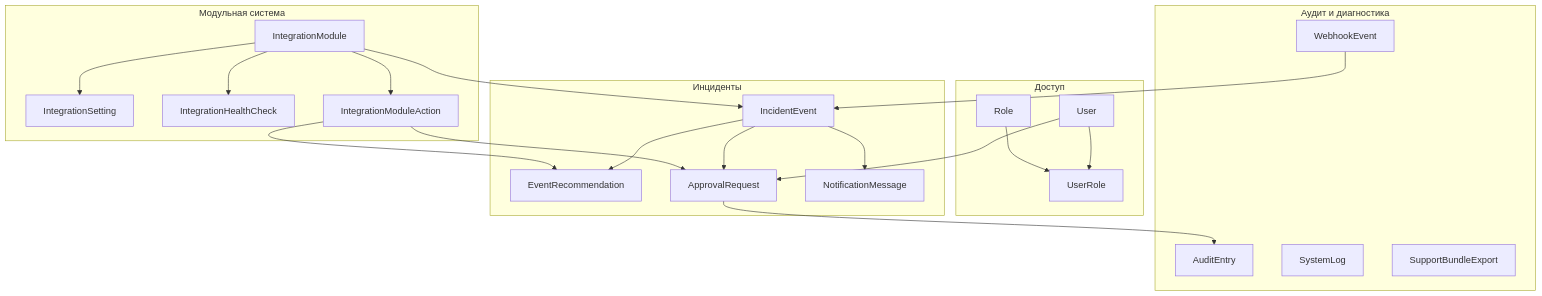
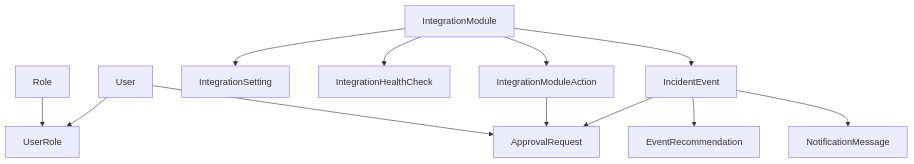
The fourth of 4 diagrams in docs/defense/README.md (DenisPyhtin/SysAssist), drawn with Mermaid before and after one commit. The commit also changed other lines of this file, not shown here.

Commit message:
Переделана презентация для защиты: объединены все диаграммы, скриншоты, процесс событий, Docker; упрощена для показа на защите

````diff
--- a/docs/defense/README.md
+++ b/docs/defense/README.md
@@ -146,44 +63,14 @@
 ```mermaid
 flowchart TB
-    subgraph Access[Доступ]
-        User[User]
-        Role[Role]
-        UserRole[UserRole]
-        User --> UserRole
-        Role --> UserRole
-    end
-
-    subgraph Modules[Модульная система]
-        IntegrationModule[IntegrationModule]
-        IntegrationSetting[IntegrationSetting]
-        IntegrationHealthCheck[IntegrationHealthCheck]
-        IntegrationModuleAction[IntegrationModuleAction]
-        IntegrationModule --> IntegrationSetting
-        IntegrationModule --> IntegrationHealthCheck
-        IntegrationModule --> IntegrationModuleAction
-    end
-
-    subgraph Incidents[Инциденты]
-        IncidentEvent[IncidentEvent]
-        EventRecommendation[EventRecommendation]
-        ApprovalRequest[ApprovalRequest]
-        NotificationMessage[NotificationMessage]
-        IncidentEvent --> EventRecommendation
-        IncidentEvent --> ApprovalRequest
-        IncidentEvent --> NotificationMessage
-    end
-
-    subgraph Evidence[Аудит и диагностика]
-        AuditEntry[AuditEntry]
-        SystemLog[SystemLog]
-        WebhookEvent[WebhookEvent]
-        SupportBundleExport[SupportBundleExport]
-    end
-
+    User --> UserRole
+    Role --> UserRole
+    IntegrationModule --> IntegrationSetting
+    IntegrationModule --> IntegrationHealthCheck
+    IntegrationModule --> IntegrationModuleAction
     IntegrationModule --> IncidentEvent
-    IntegrationModuleAction --> EventRecommendation
+    IncidentEvent --> EventRecommendation
+    IncidentEvent --> ApprovalRequest
     IntegrationModuleAction --> ApprovalRequest
     User --> ApprovalRequest
-    WebhookEvent --> IncidentEvent
-    ApprovalRequest --> AuditEntry
+    IncidentEvent --> NotificationMessage
 ```
````
